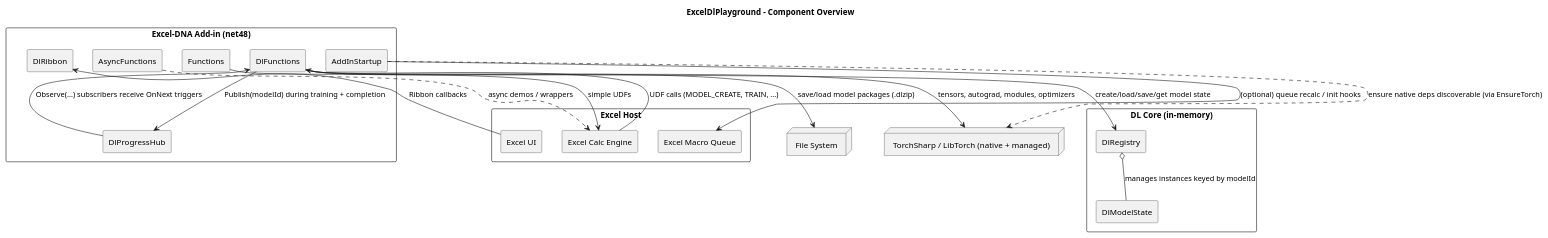
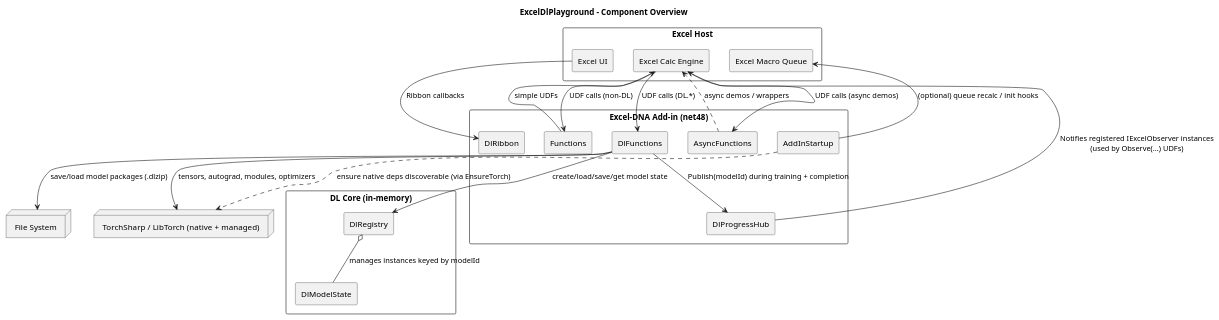
One commit to ngpepin/ExcelML changed the first of 3 diagrams in UML.md. Above: the diagram before and after it, drawn with PlantUML. The commit also changed other lines of this file and 2 other files, not shown here.

Commit message:
Docs: clarify observable semantics, MODEL_CREATE replay behavior, and Excel-DNA boundaries Tightens AGENTS.md to reflect push-based observers, caller-scoped identity, workbook-open replay, and safe locking patterns. No behavioral changes.

````diff
--- a/UML.md
+++ b/UML.md
@@ -29,55 +29,57 @@
 ```plantuml
 @startuml
 title ExcelDlPlayground - Component Overview
 skinparam componentStyle rectangle
 skinparam packageStyle rectangle
 
 package "Excel Host" {
   [Excel UI] as ExcelUI
   [Excel Calc Engine] as ExcelCalc
   [Excel Macro Queue] as ExcelMacro
 }
 
 package "Excel-DNA Add-in (net48)" {
   [AddInStartup] as Startup
   [DlRibbon] as Ribbon
   [Functions] as BasicUdfs
   [AsyncFunctions] as AsyncUdfs
   [DlFunctions] as DlUdfs
   [DlProgressHub] as Hub
 }
 
 package "DL Core (in-memory)" {
   [DlRegistry] as Registry
   [DlModelState] as ModelState
 }
 
 node "TorchSharp / LibTorch (native + managed)" as Torch
 node "File System" as FS
 
 ' --- UI + call surfaces ---
 ExcelUI --> Ribbon : Ribbon callbacks
-ExcelCalc --> DlUdfs : UDF calls (MODEL_CREATE, TRAIN, ...)
+ExcelCalc --> DlUdfs : UDF calls (DL.*)
+ExcelCalc --> BasicUdfs : UDF calls (non-DL)
+ExcelCalc --> AsyncUdfs : UDF calls (async demos)
 
 ' --- Startup ---
 Startup --> ExcelMacro : (optional) queue recalc / init hooks
 Startup ..> Torch : ensure native deps discoverable (via EnsureTorch)
 
 ' --- Basic + async helpers (non-DL) ---
 BasicUdfs --> ExcelCalc : simple UDFs
 AsyncUdfs ..> ExcelCalc : async demos / wrappers
 
 ' --- DL surface ---
 DlUdfs --> Registry : create/load/save/get model state
 DlUdfs --> Torch : tensors, autograd, modules, optimizers
 DlUdfs --> FS : save/load model packages (.dlzip)
 
 ' --- Push updates to Excel ---
 DlUdfs --> Hub : Publish(modelId) during training + completion
-Hub --> DlUdfs : Observe(...) subscribers receive OnNext triggers
+Hub --> ExcelCalc : Notifies registered IExcelObserver instances\n(used by Observe(...) UDFs)
 
 ' --- Registry owns model instances ---
 Registry o-- ModelState : manages instances keyed by modelId
 
 @enduml
 ```
````
